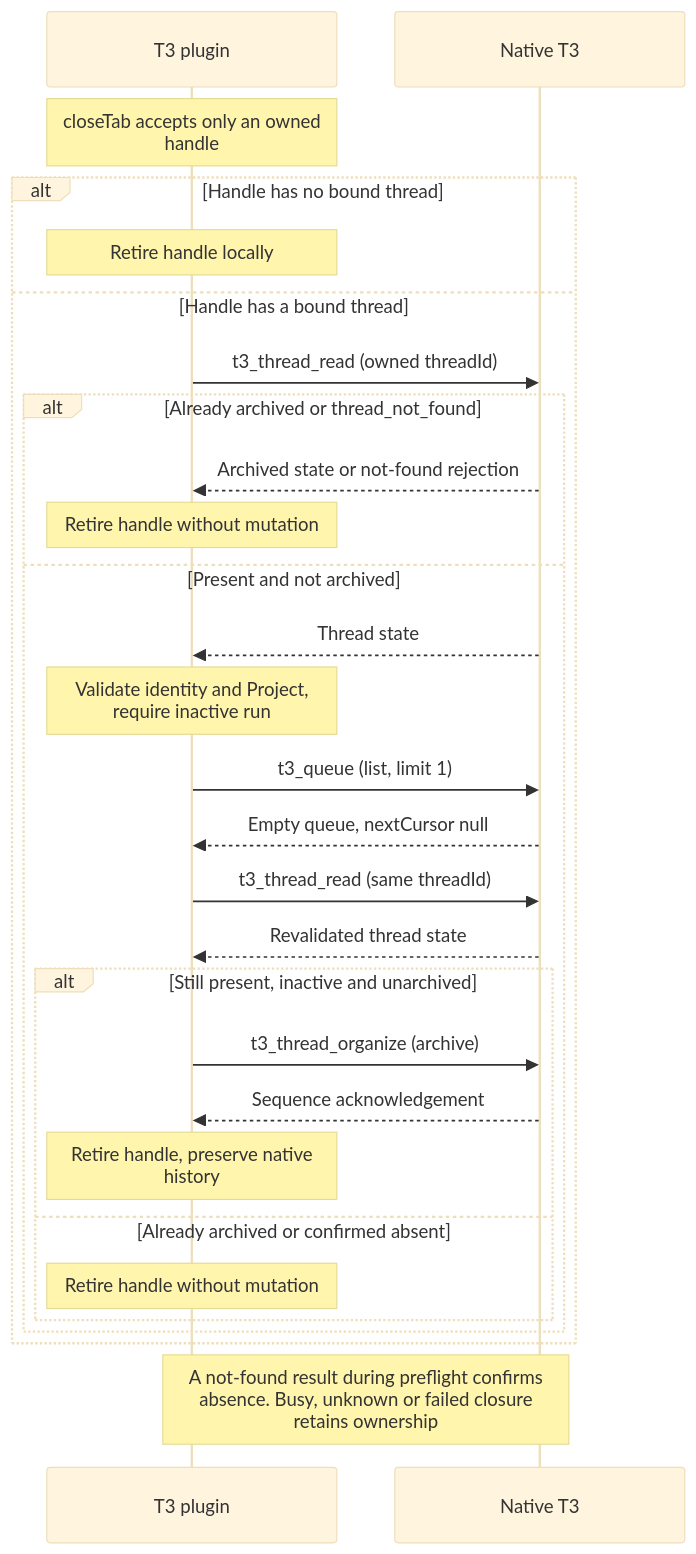
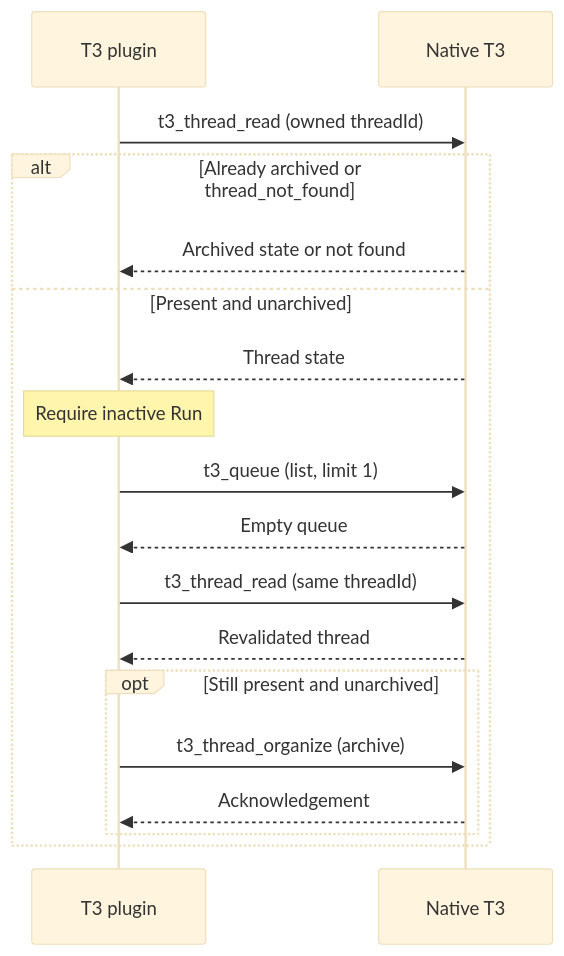
Before and after one commit to BuddyLabsCo/issue-runner-t3: the sixth of 7 diagrams in docs/t3-protocol.md, drawn with Mermaid (base theme). The commit also changed other lines of this file and 2 other files, not shown here.

````diff
--- a/docs/t3-protocol.md
+++ b/docs/t3-protocol.md
@@ -205,31 +145,20 @@
 ```mermaid
-%%{init: {"sequence": {"width": 250, "wrap": true}}}%%
 sequenceDiagram
     participant P as T3 plugin
-    participant N as Native T3
-    Note over P: closeTab accepts only an owned handle
-    alt Handle has no bound thread
-        Note over P: Retire handle locally
-    else Handle has a bound thread
-        P->>N: t3_thread_read (owned threadId)
-        alt Already archived or thread_not_found
-            N-->>P: Archived state or not-found rejection
-            Note over P: Retire handle without mutation
-        else Present and not archived
-            N-->>P: Thread state
-            Note over P: Validate identity and Project, require inactive run
-            P->>N: t3_queue (list, limit 1)
-            N-->>P: Empty queue, nextCursor null
-            P->>N: t3_thread_read (same threadId)
-            N-->>P: Revalidated thread state
-            alt Still present, inactive and unarchived
-                P->>N: t3_thread_organize (archive)
-                N-->>P: Sequence acknowledgement
-                Note over P: Retire handle, preserve native history
-            else Already archived or confirmed absent
-                Note over P: Retire handle without mutation
-            end
+    participant T as Native T3
+    P->>T: t3_thread_read (owned threadId)
+    alt Already archived or thread_not_found
+        T-->>P: Archived state or not found
+    else Present and unarchived
+        T-->>P: Thread state
+        Note over P: Require inactive Run
+        P->>T: t3_queue (list, limit 1)
+        T-->>P: Empty queue
+        P->>T: t3_thread_read (same threadId)
+        T-->>P: Revalidated thread
+        opt Still present and unarchived
+            P->>T: t3_thread_organize (archive)
+            T-->>P: Acknowledgement
         end
     end
-    Note over P,N: A not-found result during preflight confirms absence. Busy, unknown or failed closure retains ownership
 ```
````
